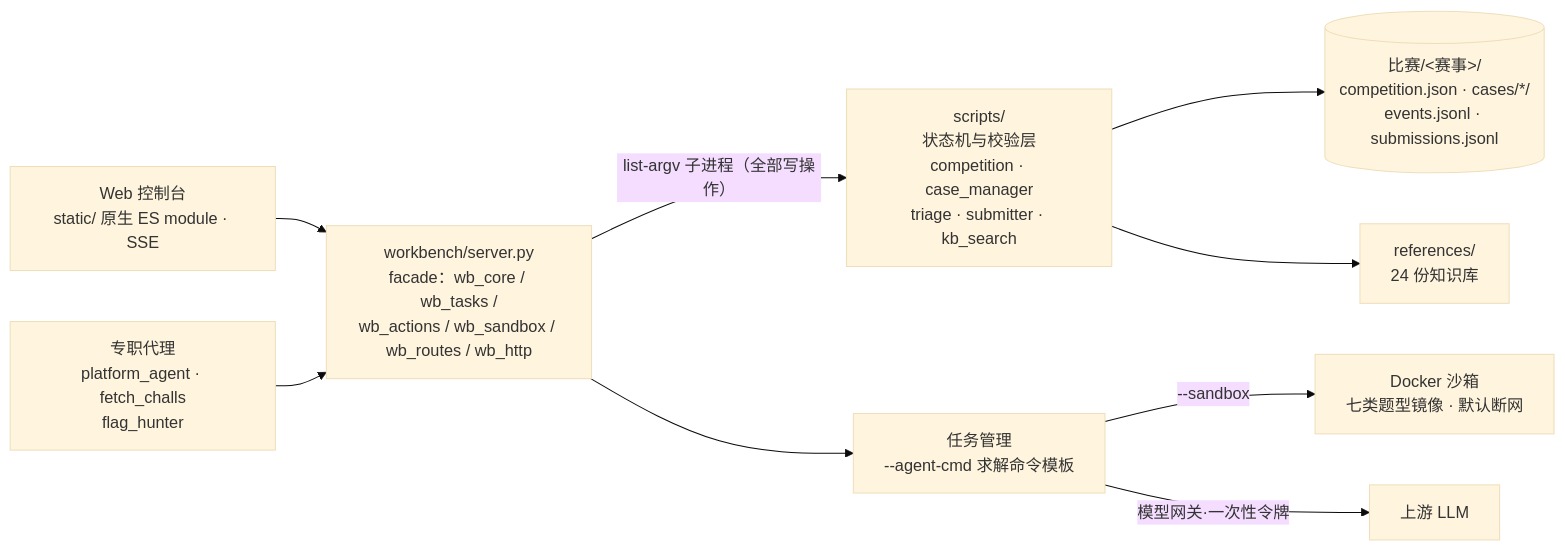
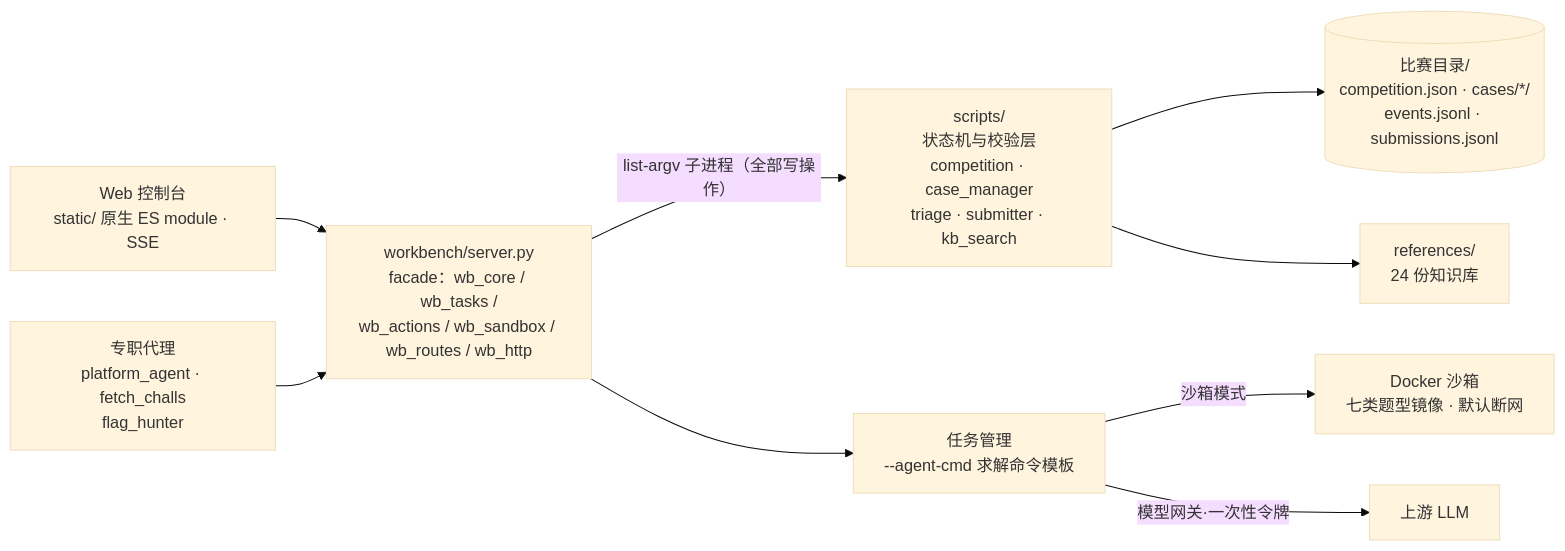
Before and after one commit to LceAn/solve-ai-ctf: the diagram in README.md, drawn with Mermaid (base theme).

Commit message:
README：Mermaid 架构图语法加固——去掉以 -- 开头的边标签（干扰 mermaid 词法）与 HTML 实体（&lt;赛事&gt; → 比赛目录），GitHub 页面实测未渲染成图

````diff
--- a/README.md
+++ b/README.md
@@ -125,11 +125,11 @@
 ```mermaid
 graph LR
     UI["Web 控制台<br/>static/ 原生 ES module · SSE"] --> SRV["workbench/server.py<br/>facade：wb_core / wb_tasks /<br/>wb_actions / wb_sandbox / wb_routes / wb_http"]
     SRV -->|"list-argv 子进程（全部写操作）"| SC["scripts/<br/>状态机与校验层<br/>competition · case_manager<br/>triage · submitter · kb_search"]
     SRV --> TM["任务管理<br/>--agent-cmd 求解命令模板"]
-    TM -->|"--sandbox"| DK["Docker 沙箱<br/>七类题型镜像 · 默认断网"]
+    TM -->|沙箱模式| DK["Docker 沙箱<br/>七类题型镜像 · 默认断网"]
     TM -->|模型网关·一次性令牌| UP["上游 LLM"]
     AG["专职代理<br/>platform_agent · fetch_challs<br/>flag_hunter"] --> SRV
-    SC --> DB[("比赛/&lt;赛事&gt;/<br/>competition.json · cases/*/<br/>events.jsonl · submissions.jsonl")]
+    SC --> DB[("比赛目录/<br/>competition.json · cases/*/<br/>events.jsonl · submissions.jsonl")]
     SC --> REF["references/<br/>24 份知识库"]
 ```
````
